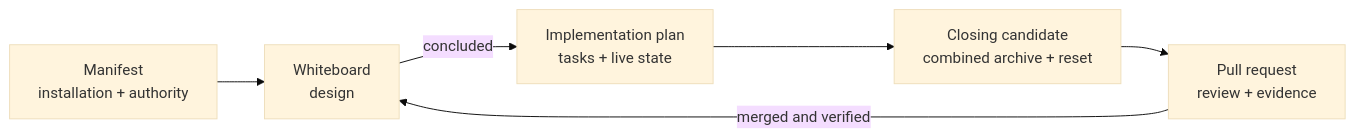
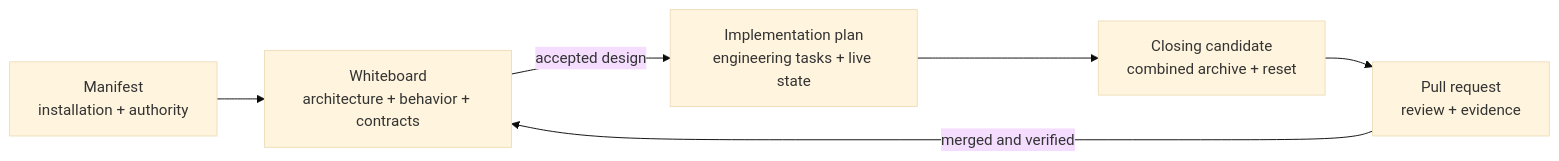
Before and after one commit to hhhhhusky777/spec-driven-delivery-playbook: the second of 16 diagrams in README.md, drawn with Mermaid (base theme). The commit also changed other lines of this file and 6 other files, not shown here.

Commit message:
feat: separate architecture design from implementation planning

````diff
--- a/README.md
+++ b/README.md
@@ -175,8 +175,8 @@
 ```mermaid
 flowchart LR
-    M["Manifest<br/>installation + authority"] --> W["Whiteboard<br/>design"]
-    W -->|"concluded"| P["Implementation plan<br/>tasks + live state"]
+    M["Manifest<br/>installation + authority"] --> W["Whiteboard<br/>architecture + behavior + contracts"]
+    W -->|"accepted design"| P["Implementation plan<br/>engineering tasks + live state"]
     P --> C["Closing candidate<br/>combined archive + reset"]
     C --> PR["Pull request<br/>review + evidence"]
     PR -->|"merged and verified"| W
 ```
````
